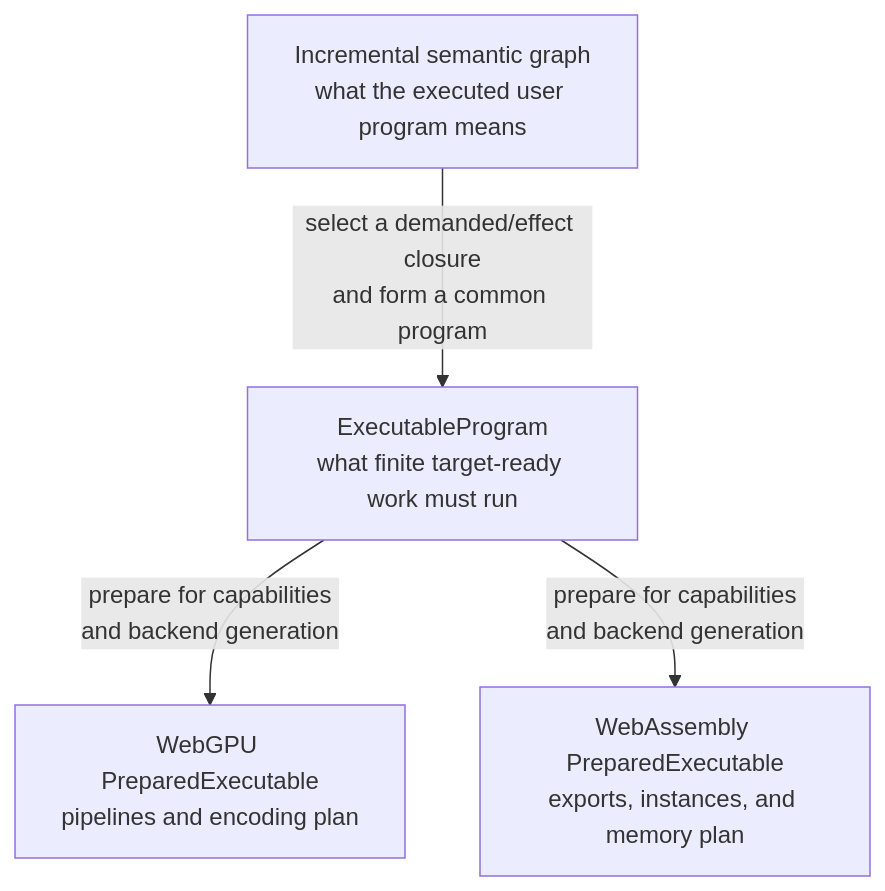
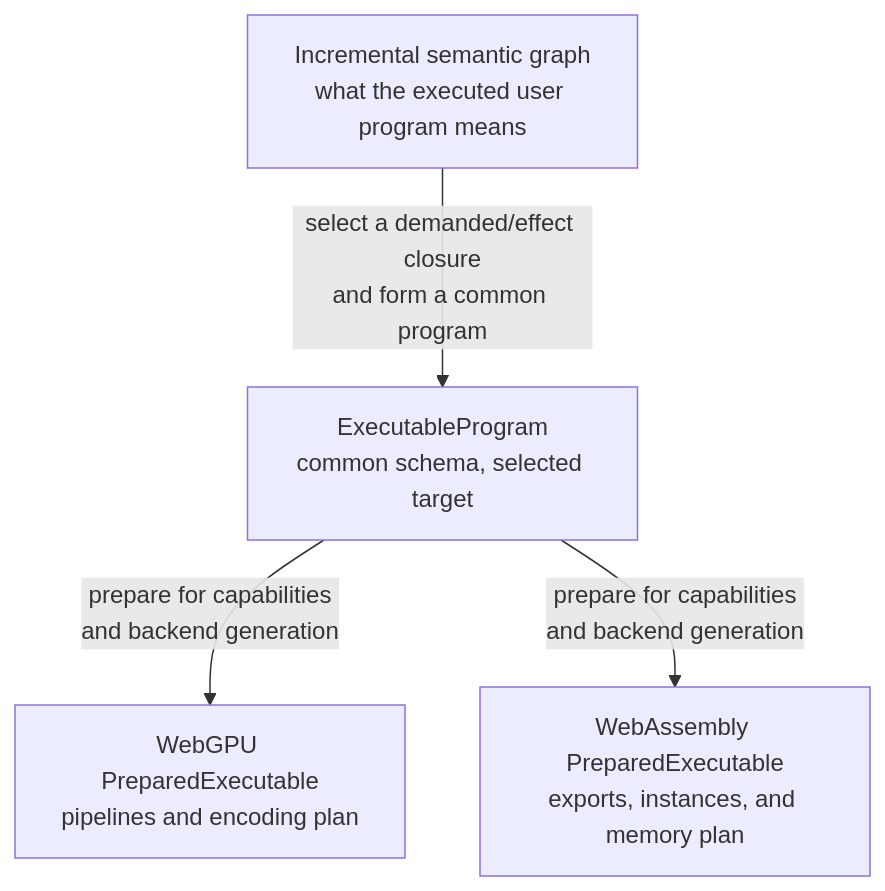
The diagram in docs/architecture/internal-representations.md (isaacperez/tabgrad), drawn with Mermaid before and after one commit. The commit also changed other lines of this file and 9 other files, not shown here.

Commit message:
Tighten execution architecture hot paths

````diff
--- a/docs/architecture/internal-representations.md
+++ b/docs/architecture/internal-representations.md
@@ -15,11 +15,11 @@
 ```mermaid
 flowchart TD
     Semantic[Incremental semantic graph<br/>what the executed user program means]
-    Program[ExecutableProgram<br/>what finite target-ready work must run]
+    Program[ExecutableProgram<br/>common schema, selected target]
     WebGPU[WebGPU PreparedExecutable<br/>pipelines and encoding plan]
     WebAssembly[WebAssembly PreparedExecutable<br/>exports, instances, and memory plan]
 
     Semantic -->|select a demanded/effect closure<br/>and form a common program| Program
     Program -->|prepare for capabilities<br/>and backend generation| WebGPU
     Program -->|prepare for capabilities<br/>and backend generation| WebAssembly
 ```
````
